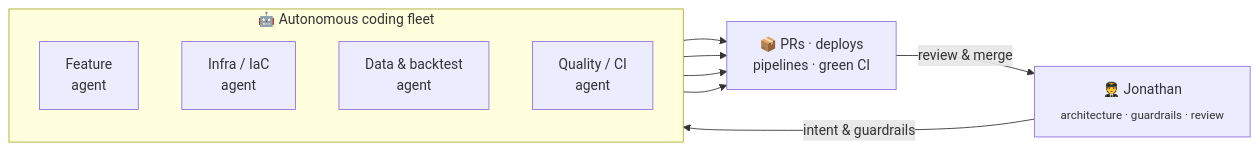
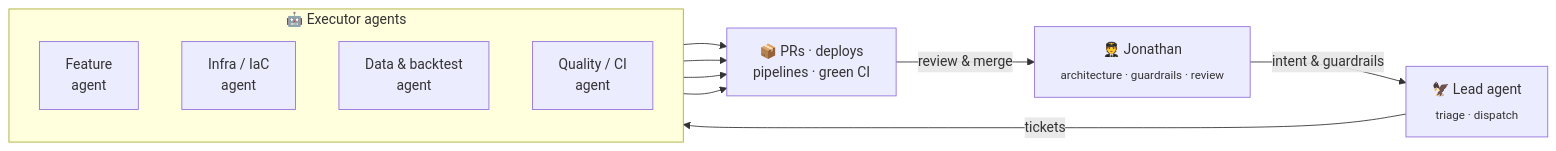
One commit to jonatw/jonatw changed the diagram in README.md. Above: the diagram before and after it, drawn with Mermaid. The commit also changed other lines of this file and 5 other files, not shown here.

````diff
--- a/README.md
+++ b/README.md
@@ -32,17 +32,19 @@
 ```mermaid
 flowchart LR
     J["🧑‍✈️ Jonathan<br/><sub>architecture · guardrails · review</sub>"]
-    subgraph FLEET["🤖 Autonomous coding fleet"]
+    L["🦅 Lead agent<br/><sub>triage · dispatch</sub>"]
+    subgraph FLEET["🤖 Executor agents"]
       direction TB
       A["Feature<br/>agent"]
       B["Infra / IaC<br/>agent"]
       C["Data &amp; backtest<br/>agent"]
       D["Quality / CI<br/>agent"]
     end
-    J -- intent & guardrails --> FLEET
+    J -- intent & guardrails --> L
+    L -- tickets --> FLEET
     A --> O["📦 PRs · deploys<br/>pipelines · green CI"]
     B --> O
     C --> O
     D --> O
     O -- review & merge --> J
 ```
````
